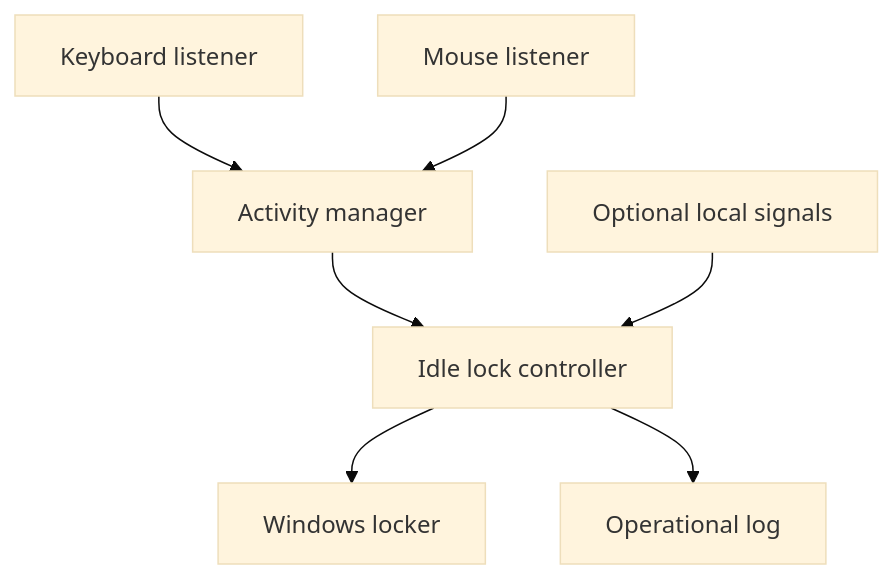
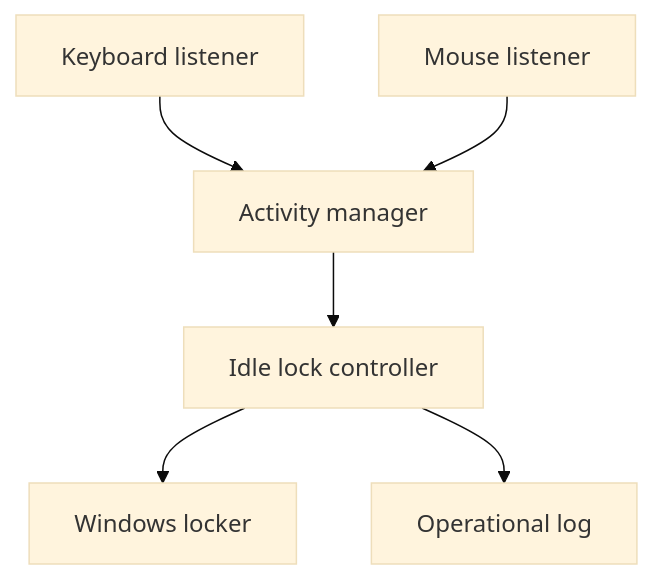
The diagram in docs/ARCHITECTURE.md (dev-collaboration-hub/sentinel-lock), drawn with Mermaid (base theme) before and after one commit. The commit also changed other lines of this file, not shown here.

Commit message:
Remove external presence architecture

````diff
--- a/docs/ARCHITECTURE.md
+++ b/docs/ARCHITECTURE.md
@@ -16,9 +19,8 @@
 ```mermaid
 flowchart TD
     K["Keyboard listener"] --> A["Activity manager"]
     M["Mouse listener"] --> A
     A --> C["Idle lock controller"]
-    P["Optional local signals"] --> C
     C --> L["Windows locker"]
     C --> O["Operational log"]
 ```
````
